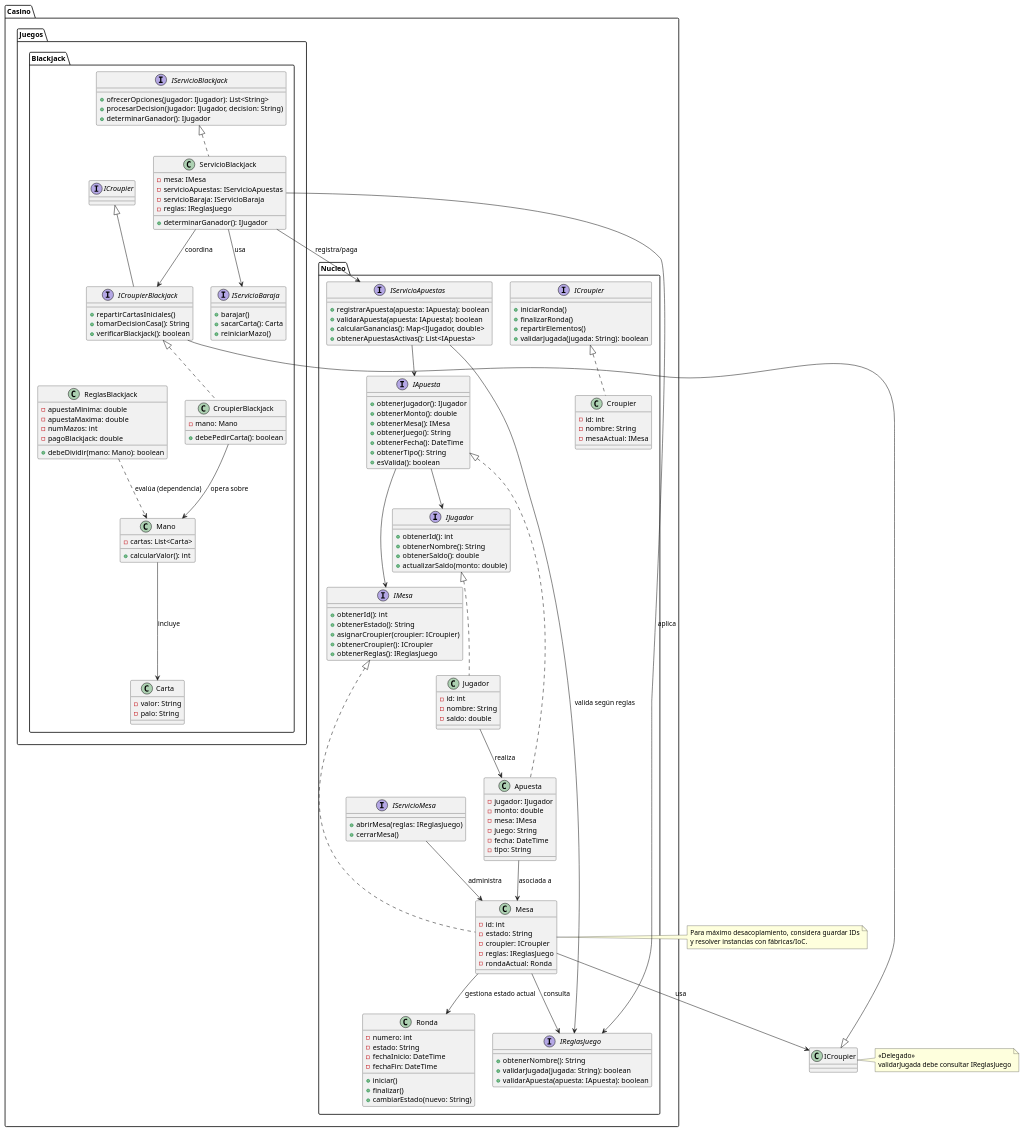
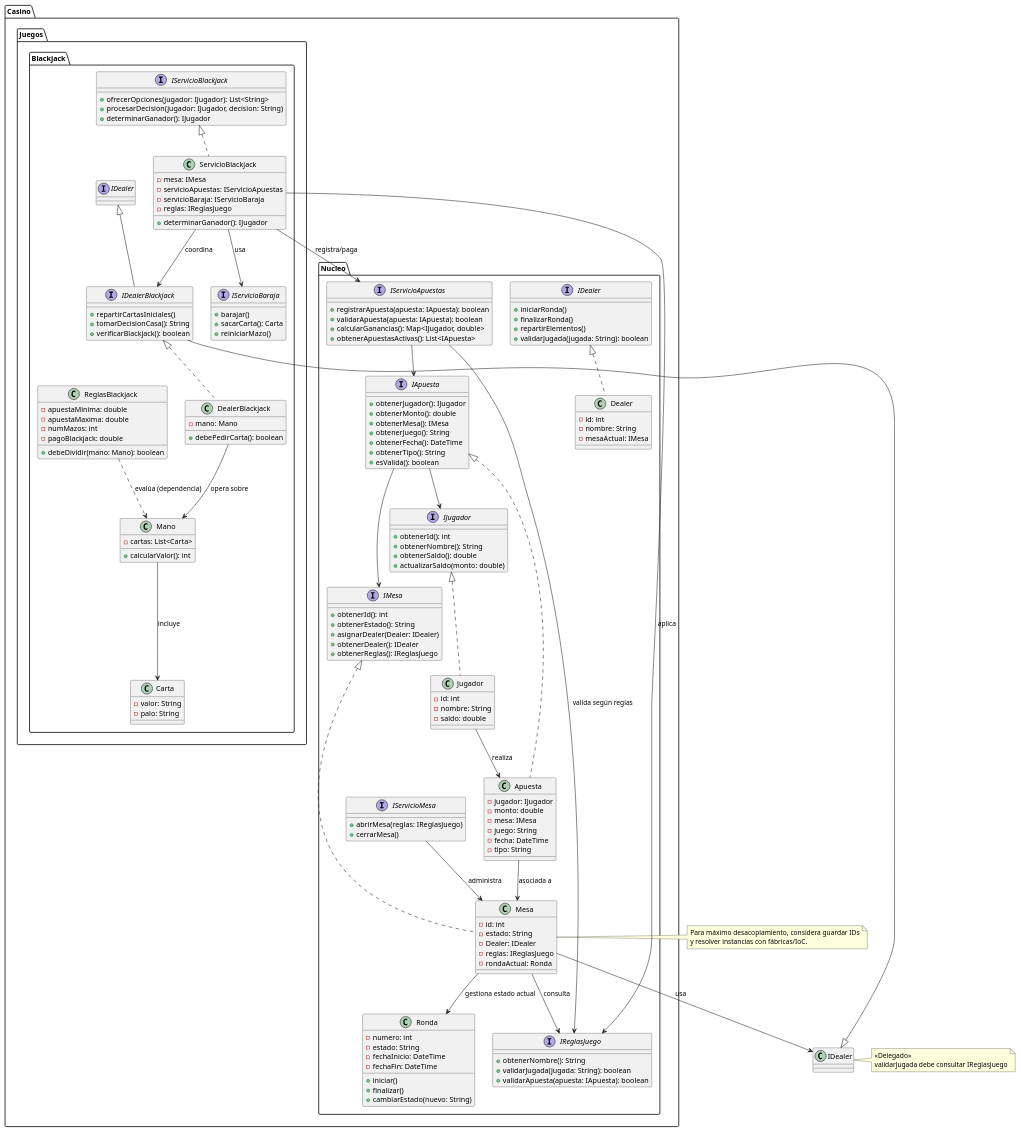
One commit to Jacobo1001/Blackjack_SOLID changed the diagram in Diagrama/fullSolid.puml. Above: the diagram before and after it, drawn with PlantUML. The commit also changed 16 other files, not shown here.

```diff
--- a/Diagrama/fullSolid.puml
+++ b/Diagrama/fullSolid.puml
@@ -1,182 +1,182 @@
 @startuml
 
 package "Casino" {
   package "Nucleo" {
     interface IJugador {
       + obtenerId(): int
       + obtenerNombre(): String
       + obtenerSaldo(): double
       + actualizarSaldo(monto: double)
     }
 
-    interface ICroupier {
+    interface IDealer {
       + iniciarRonda()
       + finalizarRonda()
       + repartirElementos()
       + validarJugada(jugada: String): boolean
     }
 
     interface IMesa {
       + obtenerId(): int
       + obtenerEstado(): String
-      + asignarCroupier(croupier: ICroupier)
-      + obtenerCroupier(): ICroupier
+      + asignarDealer(Dealer: IDealer)
+      + obtenerDealer(): IDealer
       + obtenerReglas(): IReglasJuego
     }
 
     interface IServicioMesa {
       + abrirMesa(reglas: IReglasJuego)
       + cerrarMesa()
     }
 
     interface IServicioApuestas {
       + registrarApuesta(apuesta: IApuesta): boolean
       + validarApuesta(apuesta: IApuesta): boolean
       + calcularGanancias(): Map<IJugador, double>
       + obtenerApuestasActivas(): List<IApuesta>
     }
 
     interface IApuesta {
       + obtenerJugador(): IJugador
       + obtenerMonto(): double
       + obtenerMesa(): IMesa
       + obtenerJuego(): String
       + obtenerFecha(): DateTime
       + obtenerTipo(): String
       + esValida(): boolean
     }
 
     interface IReglasJuego {
       + obtenerNombre(): String
       + validarJugada(jugada: String): boolean
       + validarApuesta(apuesta: IApuesta): boolean
     }
 
     class Jugador implements IJugador {
       - id: int
       - nombre: String
       - saldo: double
     }
 
-    class Croupier implements ICroupier {
+    class Dealer implements IDealer {
       - id: int
       - nombre: String
       - mesaActual: IMesa
     }
 
     class Mesa implements IMesa {
       - id: int
       - estado: String
-      - croupier: ICroupier
+      - Dealer: IDealer
       - reglas: IReglasJuego
       - rondaActual: Ronda
     }
 
     class Ronda {
       - numero: int
       - estado: String
       - fechaInicio: DateTime
       - fechaFin: DateTime
       + iniciar()
       + finalizar()
       + cambiarEstado(nuevo: String)
     }
 
     class Apuesta implements IApuesta {
       - jugador: IJugador
       - monto: double
       - mesa: IMesa
       - juego: String
       - fecha: DateTime
       - tipo: String
     }
   }
 
   package "Juegos" {
     package "Blackjack" {
-      interface ICroupierBlackjack extends ICroupier {
+      interface IDealerBlackjack extends IDealer {
         + repartirCartasIniciales()
         + tomarDecisionCasa(): String
         + verificarBlackjack(): boolean
       }
 
       interface IServicioBaraja {
         + barajar()
         + sacarCarta(): Carta
         + reiniciarMazo()
       }
 
       interface IServicioBlackjack {
         + ofrecerOpciones(jugador: IJugador): List<String>
         + procesarDecision(jugador: IJugador, decision: String)
         + determinarGanador(): IJugador
       }
 
-      class CroupierBlackjack implements ICroupierBlackjack {
+      class DealerBlackjack implements IDealerBlackjack {
         - mano: Mano
         + debePedirCarta(): boolean
       }
 
       class Mano {
         - cartas: List<Carta>
         + calcularValor(): int
       }
 
       class Carta {
         - valor: String
         - palo: String
       }
 
       class ReglasBlackjack {
         - apuestaMinima: double
         - apuestaMaxima: double
         - numMazos: int
         - pagoBlackjack: double
         + debeDividir(mano: Mano): boolean
       }
 
       class ServicioBlackjack implements IServicioBlackjack {
         - mesa: IMesa
         - servicioApuestas: IServicioApuestas
         - servicioBaraja: IServicioBaraja
         - reglas: IReglasJuego
         + determinarGanador(): IJugador
       }
     }
   }
 }
 
 ' ===== Relaciones Núcleo (asociaciones/dependencias) =====
-Mesa --> ICroupier : usa
+Mesa --> IDealer : usa
 Mesa --> IReglasJuego : consulta
 Mesa --> Ronda : gestiona estado actual
 IServicioMesa --> Mesa : administra
 IServicioApuestas --> IApuesta
 IServicioApuestas --> IReglasJuego : valida según reglas
 Jugador --> Apuesta : realiza
 Apuesta --> Mesa : asociada a
 IApuesta --> IJugador
 IApuesta --> IMesa
 
 ' ===== Relaciones Blackjack (asociaciones) =====
-ICroupierBlackjack --|> ICroupier
-CroupierBlackjack --> Mano : opera sobre
-ServicioBlackjack --> ICroupierBlackjack : coordina
+IDealerBlackjack --|> IDealer
+DealerBlackjack --> Mano : opera sobre
+ServicioBlackjack --> IDealerBlackjack : coordina
 ServicioBlackjack --> IServicioBaraja : usa
 ServicioBlackjack --> IReglasJuego : aplica
 ServicioBlackjack --> IServicioApuestas : registra/paga
 Mano --> Carta : incluye
 ReglasBlackjack ..> Mano : evalúa (dependencia)
 
 ' ===== Notas =====
-note right of ICroupier
+note right of IDealer
 «Delegado»
 validarJugada debe consultar IReglasJuego
 end note
 
 note right of Mesa
 Para máximo desacoplamiento, considera guardar IDs
 y resolver instancias con fábricas/IoC.
 end note
 
 @enduml
```
